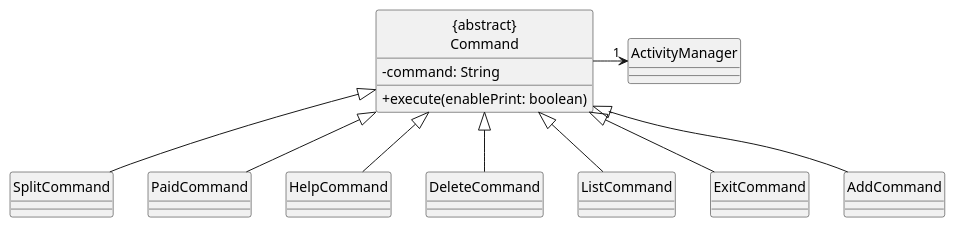
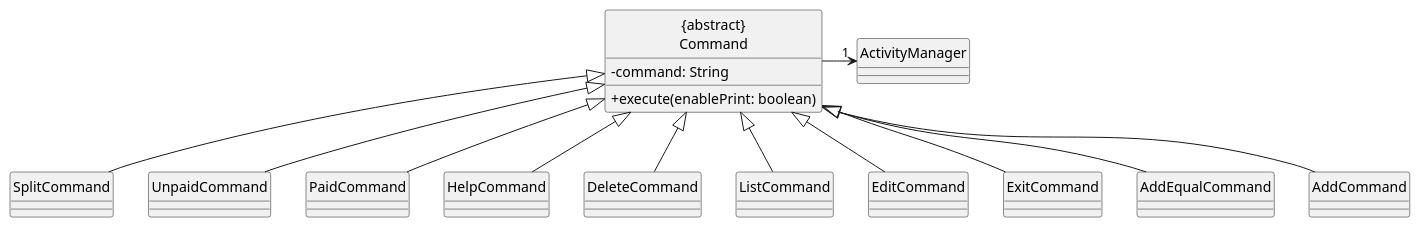
Before and after one commit to jing-yen/tp: the diagram in docs/diagrams/CommandInheritance.puml, drawn with PlantUML. The commit also changed 2 other files, not shown here.

Commit message:
Update DG with UI and Parser Component, and also updated CommandInheritance UML class diagram

```diff
--- a/docs/diagrams/CommandInheritance.puml
+++ b/docs/diagrams/CommandInheritance.puml
@@ -1,34 +1,40 @@
 @startuml
 skinparam classAttributeIconSize 0
 hide circle
 
 class "{abstract}\nCommand" {
     -command: String
     +execute(enablePrint: boolean)
 }
 
 class ActivityManager {
 
 }
 
 "{abstract}\nCommand" -> "1" ActivityManager
 
 together {
     class AddCommand
+    class AddEqualCommand
     class ExitCommand
+    class EditCommand
     class ListCommand
     class DeleteCommand
     class HelpCommand
     class PaidCommand
+    class UnpaidCommand
     class SplitCommand
 }
 
 AddCommand -up-|> "{abstract}\nCommand"
+AddEqualCommand -up-|> "{abstract}\nCommand"
 ExitCommand-up-|> "{abstract}\nCommand"
+EditCommand -up-|> "{abstract}\nCommand"
 ListCommand -up-|> "{abstract}\nCommand"
 DeleteCommand -up-|> "{abstract}\nCommand"
 HelpCommand -up-|> "{abstract}\nCommand"
 PaidCommand -up-|> "{abstract}\nCommand"
+UnpaidCommand -up-|> "{abstract}\nCommand"
 SplitCommand -up-|> "{abstract}\nCommand"
 
 @enduml
```
